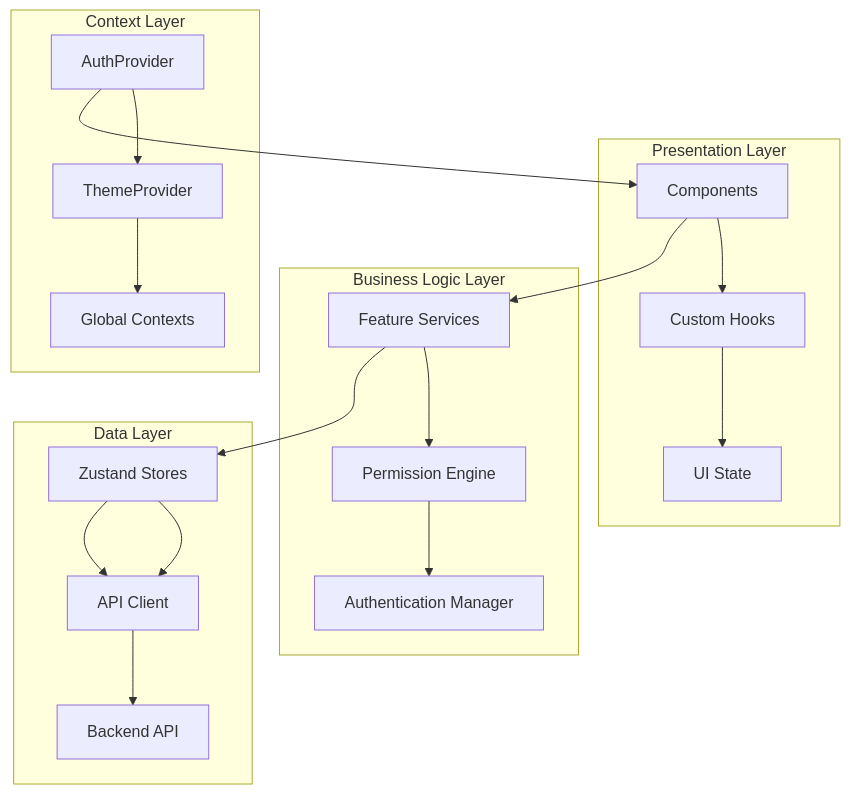
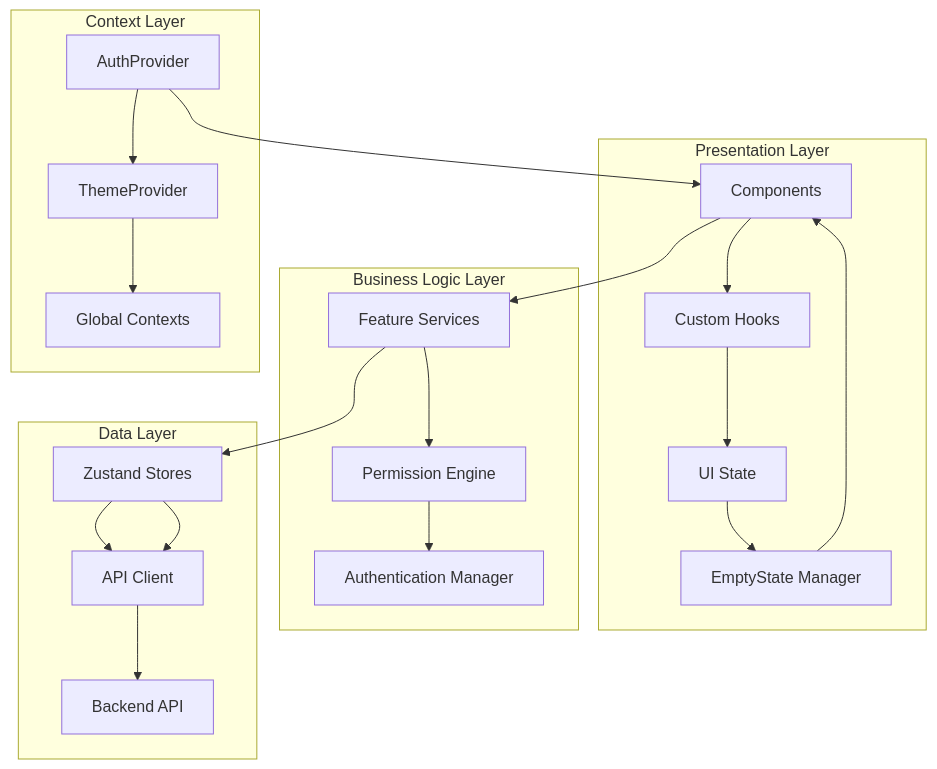
One commit to franckylab/eLISAschool changed the second of 9 diagrams in .qoder/repowiki/en/content/System Architecture/Frontend Architecture/Component Architecture/Component Patterns & Best Practices.md. Above: the diagram before and after it, drawn with Mermaid. The commit also changed other lines of this file and 79 other files, not shown here.

````diff
--- a/.qoder/repowiki/en/content/System Architecture/Frontend Architecture/Component Architecture/Component Patterns & Best Practices.md
+++ b/.qoder/repowiki/en/content/System Architecture/Frontend Architecture/Component Architecture/Component Patterns & Best Practices.md
@@ -133,23 +151,25 @@
 ```mermaid
 graph TD
 subgraph "Presentation Layer"
 A[Components] --> B[Custom Hooks]
 B --> C[UI State]
+C --> D[EmptyState Manager]
 end
 subgraph "Business Logic Layer"
-D[Feature Services] --> E[Permission Engine]
-E --> F[Authentication Manager]
+E[Feature Services] --> F[Permission Engine]
+F --> G[Authentication Manager]
 end
 subgraph "Data Layer"
-G[Zustand Stores] --> H[API Client]
-H --> I[Backend API]
+H[Zustand Stores] --> I[API Client]
+I --> J[Backend API]
 end
 subgraph "Context Layer"
-J[AuthProvider] --> K[ThemeProvider]
-K --> L[Global Contexts]
+K[AuthProvider] --> L[ThemeProvider]
+L --> M[Global Contexts]
 end
-A --> D
-D --> G
-G --> H
-J --> A
+A --> E
+E --> H
+H --> I
+K --> A
+D --> A
 ```
````
